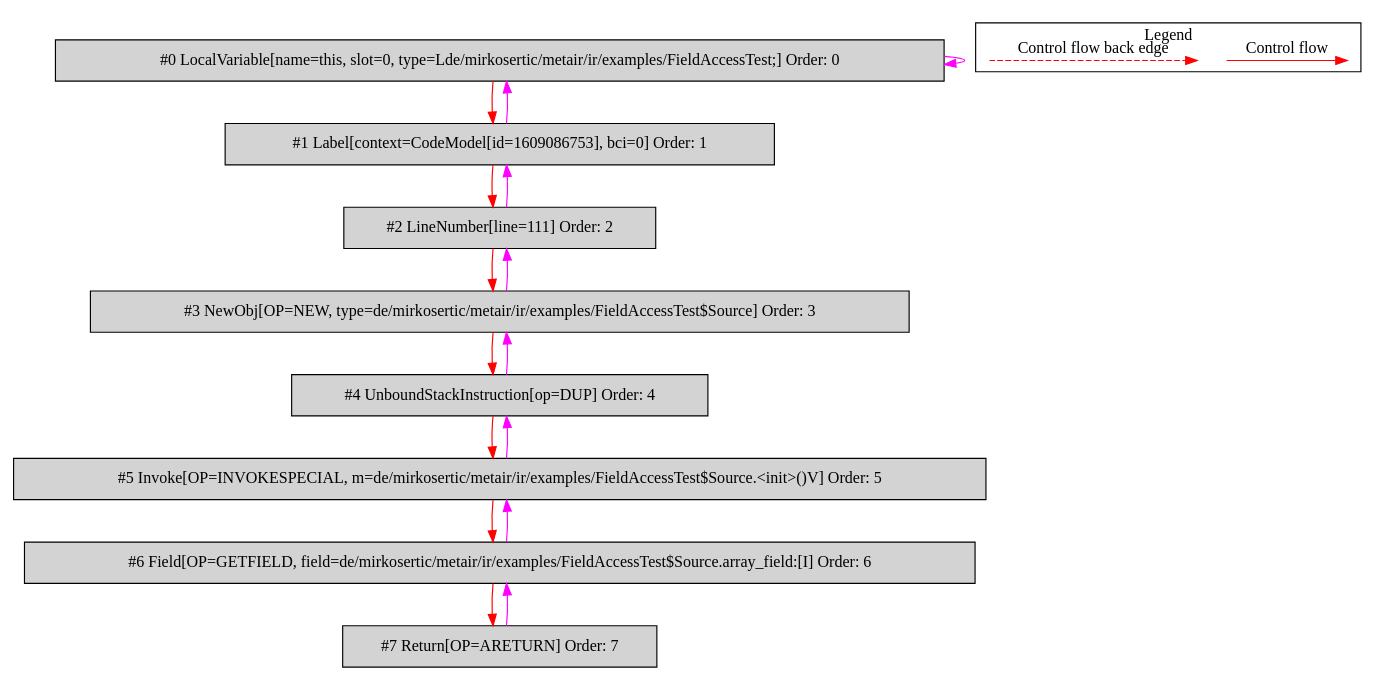
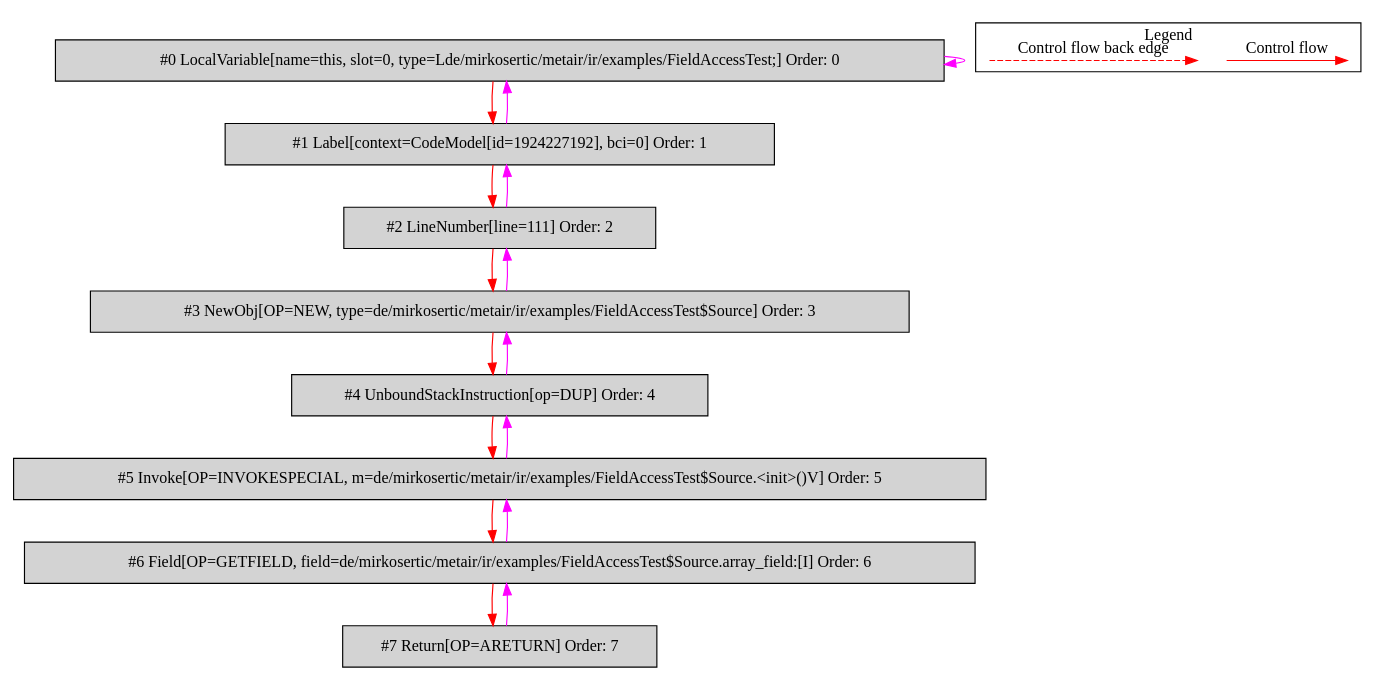
The diagram in de.mirkosertic.metair.ir.examples.FieldAccessTest/return_array/bytecodecfg.dot (mirkosertic/MetaIR), drawn with Graphviz before and after one commit. The commit also changed 610 other files, not shown here.

```diff
--- a/de.mirkosertic.metair.ir.examples.FieldAccessTest/return_array/bytecodecfg.dot
+++ b/de.mirkosertic.metair.ir.examples.FieldAccessTest/return_array/bytecodecfg.dot
@@ -1,40 +1,40 @@
 digraph {
  ordering="in";
  node0[label="#0 LocalVariable[name=this, slot=0, type=Lde/mirkosertic/metair/ir/examples/FieldAccessTest;] Order: 0", shape=box, fillcolor=lightgrey, style=filled];
- node1[label="#1 Label[context=CodeModel[id=1609086753], bci=0] Order: 1", shape=box, fillcolor=lightgrey, style=filled];
+ node1[label="#1 Label[context=CodeModel[id=1924227192], bci=0] Order: 1", shape=box, fillcolor=lightgrey, style=filled];
  node2[label="#2 LineNumber[line=111] Order: 2", shape=box, fillcolor=lightgrey, style=filled];
  node3[label="#3 NewObj[OP=NEW, type=de/mirkosertic/metair/ir/examples/FieldAccessTest$Source] Order: 3", shape=box, fillcolor=lightgrey, style=filled];
  node4[label="#4 UnboundStackInstruction[op=DUP] Order: 4", shape=box, fillcolor=lightgrey, style=filled];
  node5[label="#5 Invoke[OP=INVOKESPECIAL, m=de/mirkosertic/metair/ir/examples/FieldAccessTest$Source.<init>()V] Order: 5", shape=box, fillcolor=lightgrey, style=filled];
  node6[label="#6 Field[OP=GETFIELD, field=de/mirkosertic/metair/ir/examples/FieldAccessTest$Source.array_field:[I] Order: 6", shape=box, fillcolor=lightgrey, style=filled];
  node7[label="#7 Return[OP=ARETURN] Order: 7", shape=box, fillcolor=lightgrey, style=filled];
  node0 -> node0[color=fuchsia];
  node0 -> node1[color=red];
  node1 -> node0[color=fuchsia];
  node1 -> node2[color=red];
  node2 -> node1[color=fuchsia];
  node2 -> node3[color=red];
  node3 -> node2[color=fuchsia];
  node3 -> node4[color=red];
  node4 -> node3[color=fuchsia];
  node4 -> node5[color=red];
  node5 -> node4[color=fuchsia];
  node5 -> node6[color=red];
  node6 -> node5[color=fuchsia];
  node6 -> node7[color=red];
  node7 -> node6[color=fuchsia];
  subgraph cluster_000 {
   label = "Legend";
   node [shape=point]
   {
    rank=same;
    c0 [style = invis];
    c1 [style = invis];
    c2 [style = invis];
    c3 [style = invis];
   }
   c0 -> c1 [label="Control flow", style=solid, color=red]
   c2 -> c3 [label="Control flow back edge", style=dashed, color=red]
  }
 
 }
```
